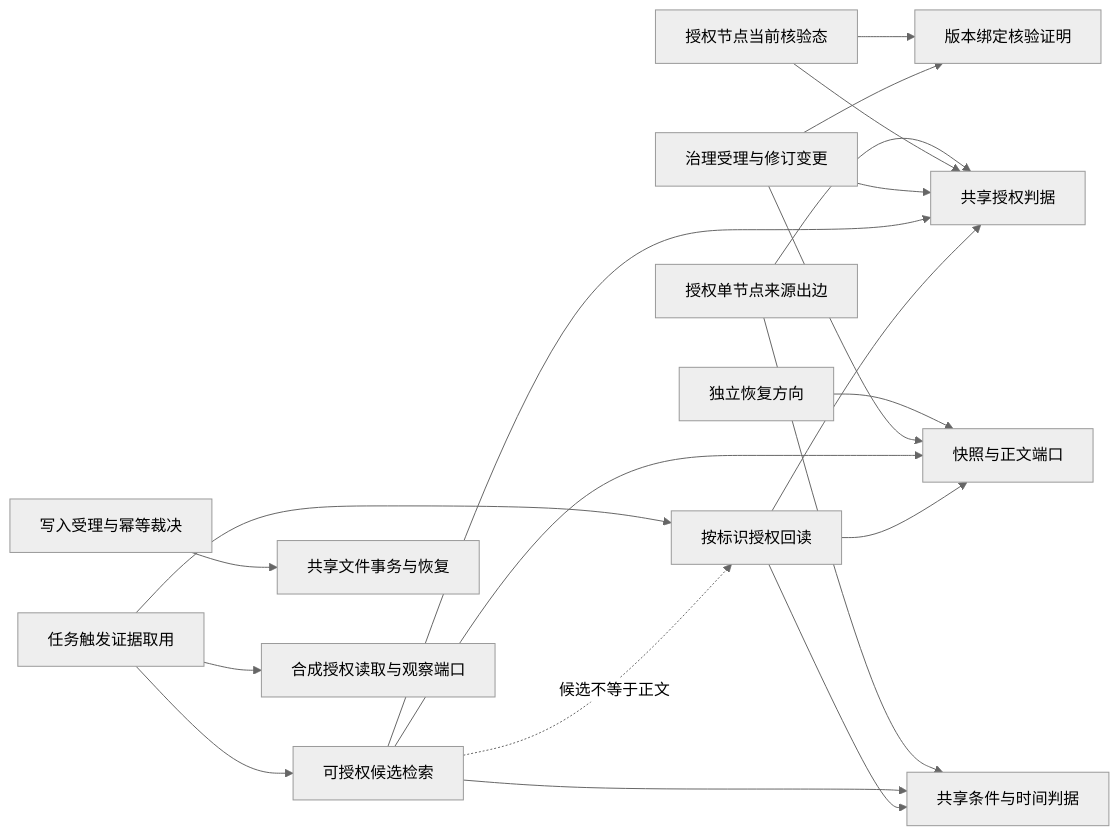
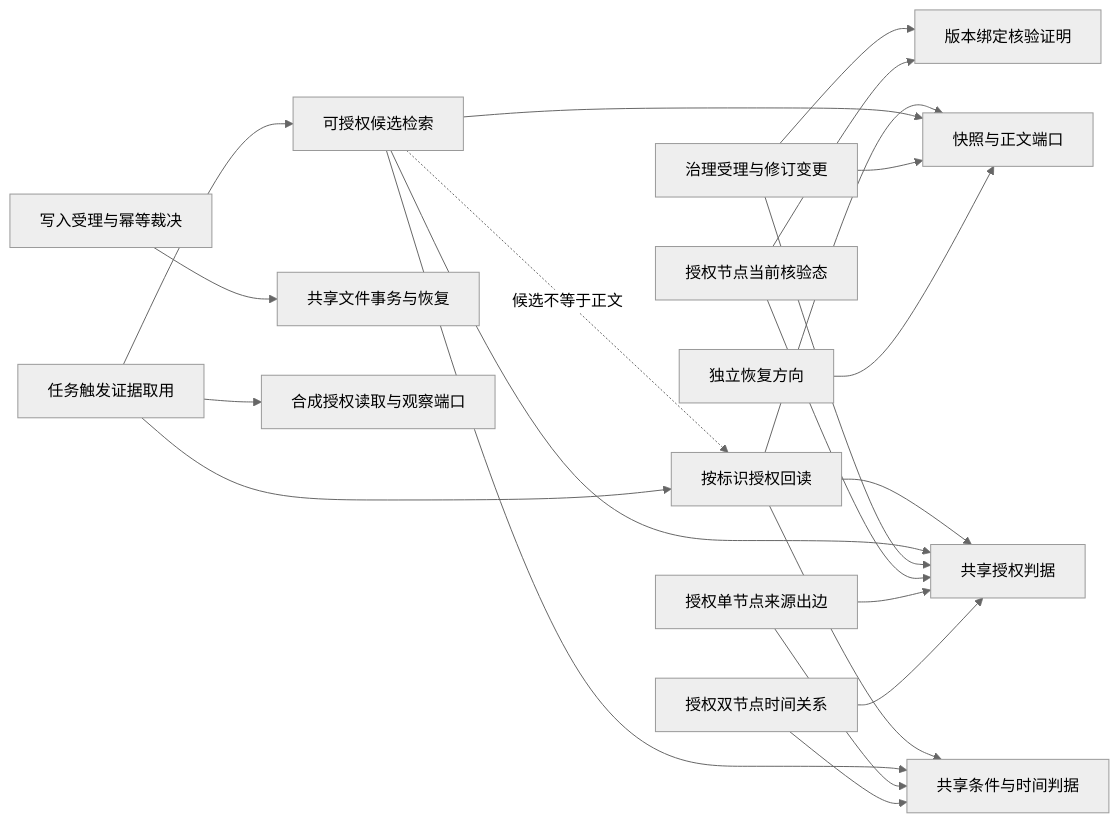
One commit to FuRongJun-1999/dsh-lingshu-memory changed the diagram in docs/CAPABILITY_GRAPH.md. Above: the diagram before and after it, drawn with Mermaid (neutral theme). The commit also changed other lines of this file and 12 other files, not shown here.

```diff
--- a/docs/CAPABILITY_GRAPH.md
+++ b/docs/CAPABILITY_GRAPH.md
@@ -5,22 +5,24 @@
 ~~~mermaid
 graph LR
   G[按标识授权回读] --> A[共享授权判据]
   G --> T[共享条件与时间判据]
   G --> S[快照与正文端口]
   Q[可授权候选检索] --> A
   Q --> T
   Q --> S
   Q -. 候选不等于正文 .-> G
   W[写入受理与幂等裁决] --> X[共享文件事务与恢复]
   R[治理受理与修订变更] --> S
   R --> A
   R --> V[版本绑定核验证明]
   K[授权节点当前核验态] --> V
   K --> A
   E[授权单节点来源出边] --> A
   E --> T
+  Z[授权双节点时间关系] --> T
+  Z --> A
   P[独立恢复方向] --> S
   C[任务触发证据取用] --> O[合成授权读取与观察端口]
   C --> G
   C --> Q
 ~~~
```
